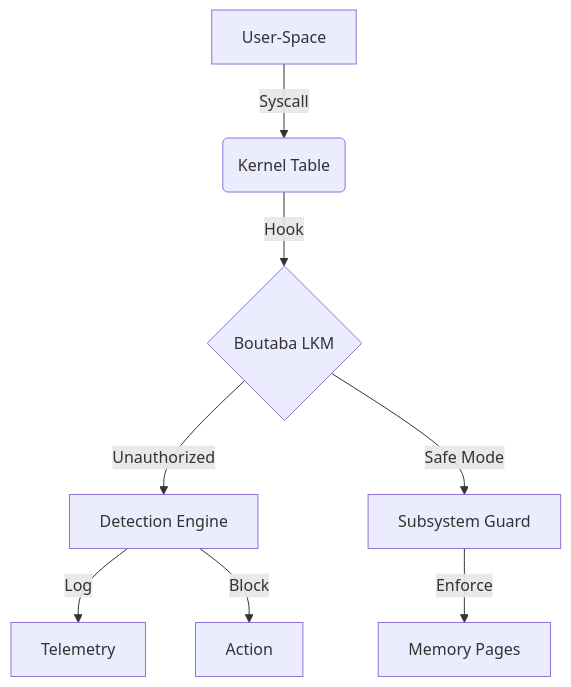
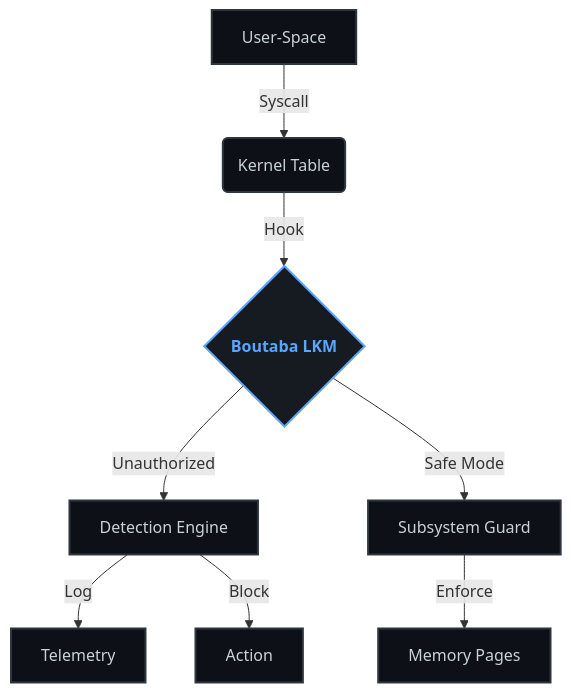
Before and after one commit to boutaba-motezeballah/linux-kernel-hardening: the diagram in README.md, drawn with Mermaid.

````diff
--- a/README.md
+++ b/README.md
@@ -9,10 +9,16 @@
 ```mermaid
 graph TD
+    classDef darkTheme fill:#0d1117,stroke:#30363d,stroke-width:2px,color:#c9d1d9;
+    classDef highlight fill:#161b22,stroke:#58a6ff,stroke-width:2px,color:#58a6ff,font-weight:bold;
+
     A[User-Space] -->|Syscall| B(Kernel Table)
     B -->|Hook| C{Boutaba LKM}
     C -->|Unauthorized| D[Detection Engine]
     C -->|Safe Mode| E[Subsystem Guard]
     D -->|Log| F[Telemetry]
     D -->|Block| G[Action]
     E -->|Enforce| H[Memory Pages]
+
+    class A,B,D,E,F,G,H darkTheme;
+    class C highlight;
 ```
````
